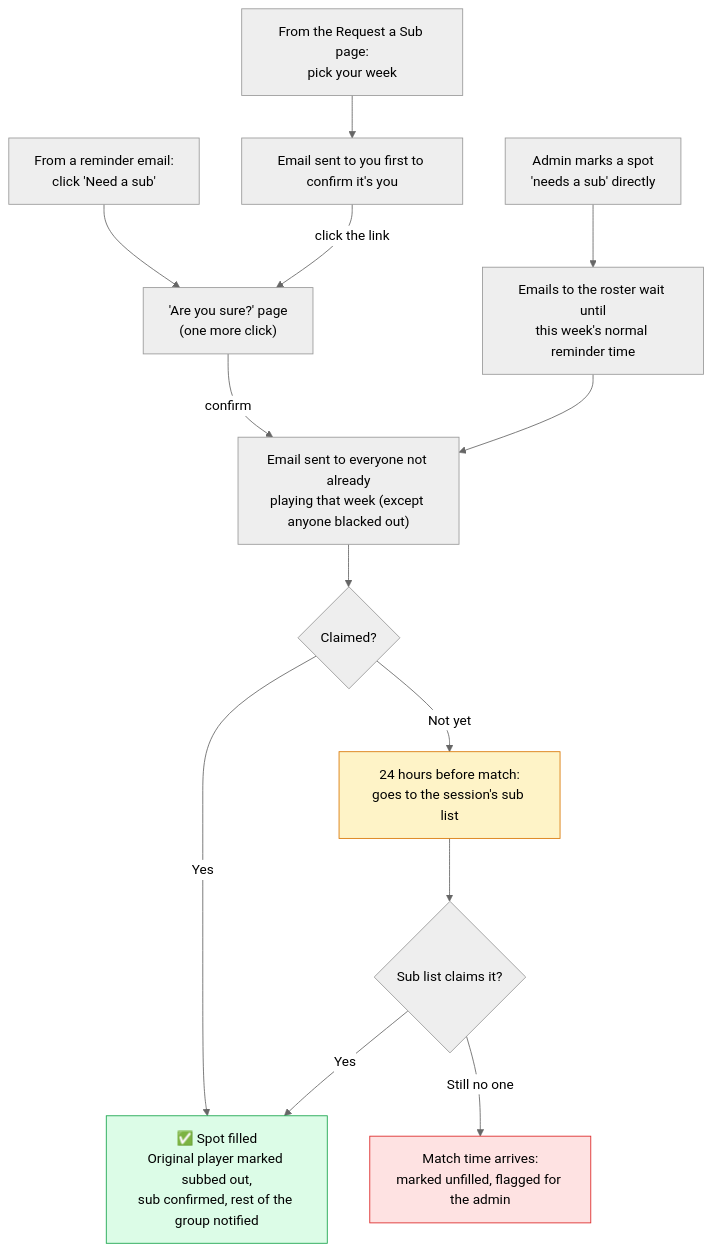
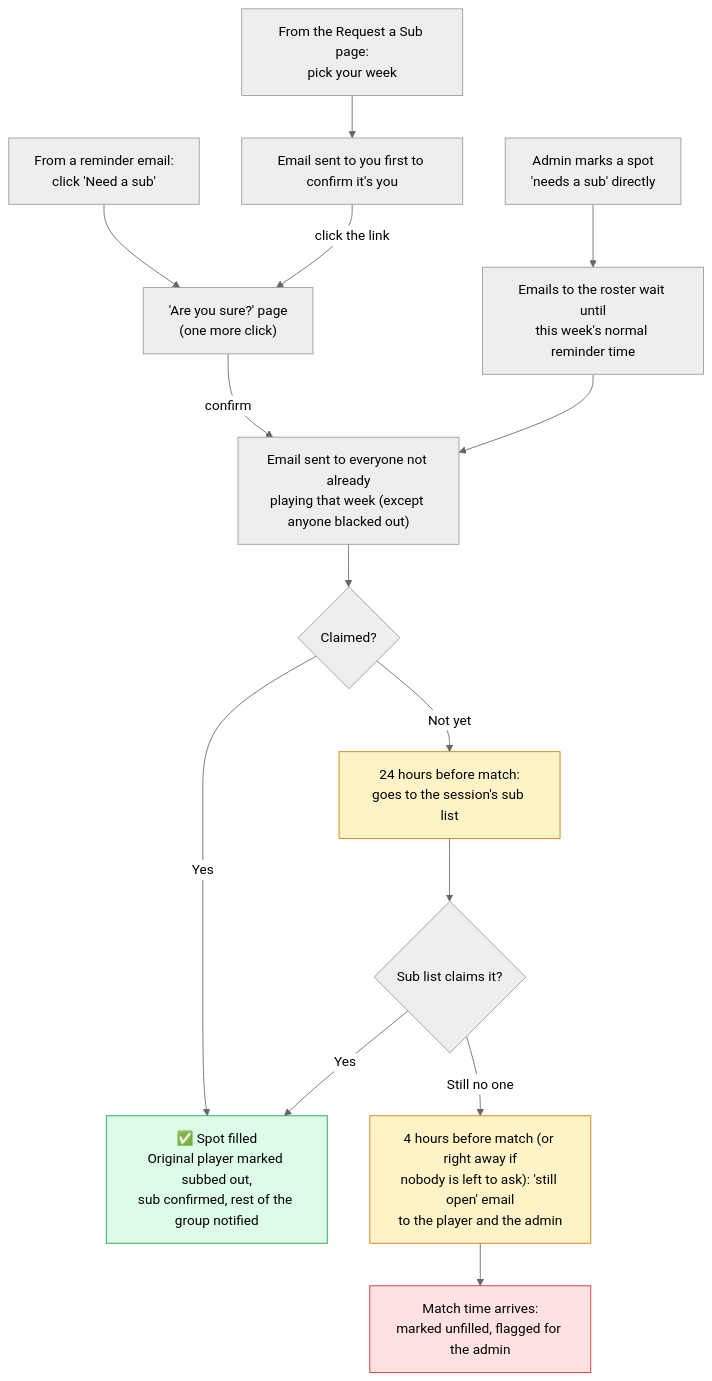
The second of 4 diagrams in README.md (kylekrieg/tennis-scheduler), drawn with Mermaid (neutral theme) before and after one commit. The commit also changed 15 other files, not shown here.

````diff
--- a/README.md
+++ b/README.md
@@ -216,19 +216,21 @@
 ```mermaid
 flowchart TD
     A1["From a reminder email:<br/>click 'Need a sub'"] --> C["'Are you sure?' page<br/>(one more click)"]
     A2["From the Request a Sub page:<br/>pick your week"] --> V["Email sent to you first to confirm it's you"]
     V -->|click the link| C
     A3["Admin marks a spot<br/>'needs a sub' directly"] --> W["Emails to the roster wait until<br/>this week's normal reminder time"]
     C -->|confirm| F["Email sent to everyone not already<br/>playing that week (except anyone blacked out)"]
     W --> F
     F --> G{"Claimed?"}
     G -->|Yes| H["✅ Spot filled<br/>Original player marked subbed out,<br/>sub confirmed, rest of the group notified"]
     G -->|Not yet| I["24 hours before match:<br/>goes to the session's sub list"]
     I --> J{"Sub list claims it?"}
     J -->|Yes| H
-    J -->|Still no one| K["Match time arrives:<br/>marked unfilled, flagged for the admin"]
+    J -->|Still no one| S["4 hours before match (or right away if<br/>nobody is left to ask): 'still open' email<br/>to the player and the admin"]
+    S --> K["Match time arrives:<br/>marked unfilled, flagged for the admin"]
 
     style H fill:#dcfce7,stroke:#16a34a
     style K fill:#fee2e2,stroke:#dc2626
     style I fill:#fef3c7,stroke:#d97706
+    style S fill:#fef3c7,stroke:#d97706
 ```
````
